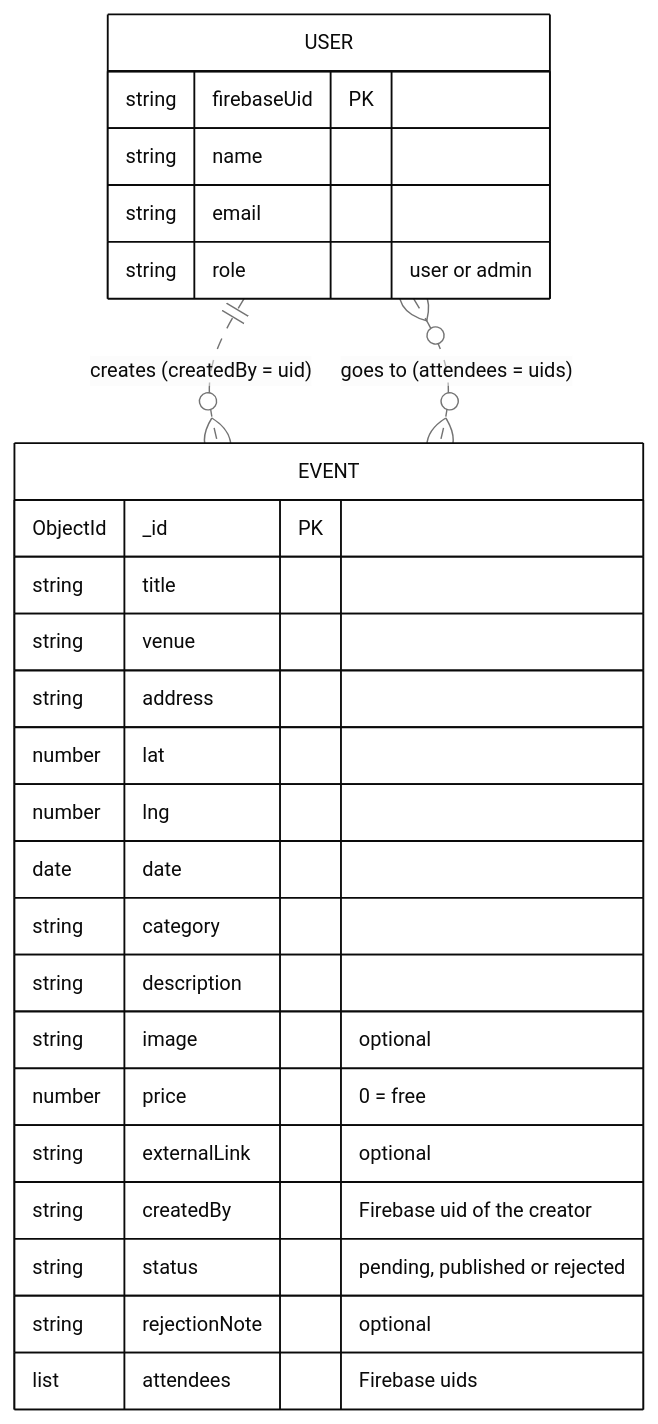
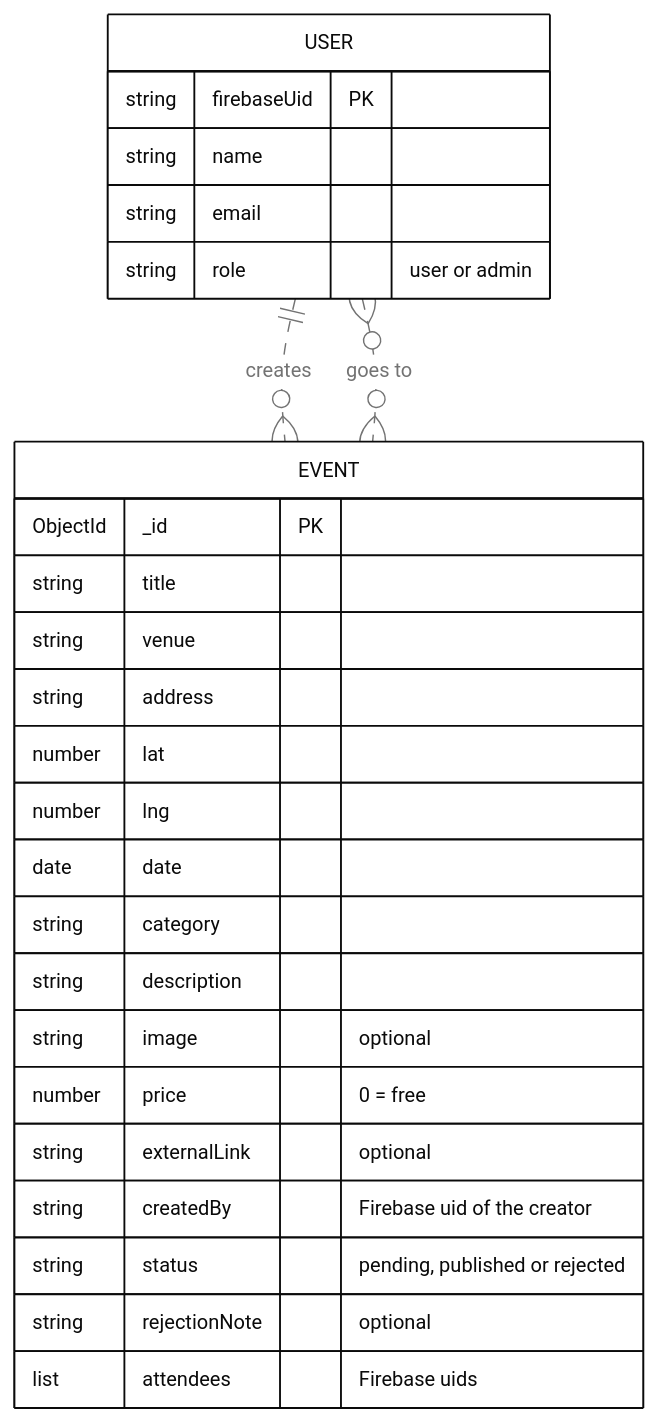
One commit to juannarowe/artroute changed the fourth of 9 diagrams in README.md. Above: the diagram before and after it, drawn with Mermaid. The commit also changed other lines of this file, not shown here.

Commit message:
docs: fix clipped labels in the README diagrams

````diff
--- a/README.md
+++ b/README.md
@@ -208,30 +210,30 @@
 ```mermaid
-%%{init: {"theme": "base", "themeVariables": {"fontFamily": "ui-sans-serif, system-ui, sans-serif", "fontSize": "14px", "primaryColor": "#ffffff", "primaryTextColor": "#0a0a0a", "primaryBorderColor": "#0a0a0a", "secondaryColor": "#f5f5f5", "tertiaryColor": "#fafafa", "lineColor": "#737373", "textColor": "#737373", "clusterBkg": "#fafafa", "clusterBorder": "#a3a3a3", "titleColor": "#0a0a0a", "edgeLabelBackground": "#ffffff", "actorBkg": "#ffffff", "actorBorder": "#0a0a0a", "actorTextColor": "#0a0a0a", "actorLineColor": "#a3a3a3", "signalColor": "#737373", "signalTextColor": "#737373", "noteBkgColor": "#f5f5f5", "noteBorderColor": "#a3a3a3", "noteTextColor": "#0a0a0a", "labelBoxBkgColor": "#ffffff", "labelBoxBorderColor": "#0a0a0a", "labelTextColor": "#0a0a0a", "loopTextColor": "#737373", "activationBkgColor": "#f5f5f5", "activationBorderColor": "#0a0a0a", "attributeBackgroundColorOdd": "#ffffff", "attributeBackgroundColorEven": "#f5f5f5"}}}%%
+%%{init: {"theme": "base", "flowchart": {"htmlLabels": false, "padding": 16}, "themeVariables": {"fontSize": "14px", "primaryColor": "#ffffff", "primaryTextColor": "#0a0a0a", "primaryBorderColor": "#0a0a0a", "secondaryColor": "#f5f5f5", "tertiaryColor": "#fafafa", "lineColor": "#737373", "textColor": "#737373", "clusterBkg": "#fafafa", "clusterBorder": "#a3a3a3", "titleColor": "#0a0a0a", "edgeLabelBackground": "#ffffff", "actorBkg": "#ffffff", "actorBorder": "#0a0a0a", "actorTextColor": "#0a0a0a", "actorLineColor": "#a3a3a3", "signalColor": "#737373", "signalTextColor": "#737373", "noteBkgColor": "#f5f5f5", "noteBorderColor": "#a3a3a3", "noteTextColor": "#0a0a0a", "labelBoxBkgColor": "#ffffff", "labelBoxBorderColor": "#0a0a0a", "labelTextColor": "#0a0a0a", "loopTextColor": "#737373", "activationBkgColor": "#f5f5f5", "activationBorderColor": "#0a0a0a", "attributeBackgroundColorOdd": "#ffffff", "attributeBackgroundColorEven": "#f5f5f5"}}}%%
 erDiagram
-  USER ||..o{ EVENT : "creates (createdBy = uid)"
-  USER }o..o{ EVENT : "goes to (attendees = uids)"
+  USER ||..o{ EVENT : "creates"
+  USER }o..o{ EVENT : "goes to"
   USER {
     string firebaseUid PK
     string name
     string email
     string role "user or admin"
   }
   EVENT {
     ObjectId _id PK
     string title
     string venue
     string address
     number lat
     number lng
     date date
     string category
     string description
     string image "optional"
     number price "0 = free"
     string externalLink "optional"
     string createdBy "Firebase uid of the creator"
     string status "pending, published or rejected"
     string rejectionNote "optional"
     list attendees "Firebase uids"
   }
 ```
````
